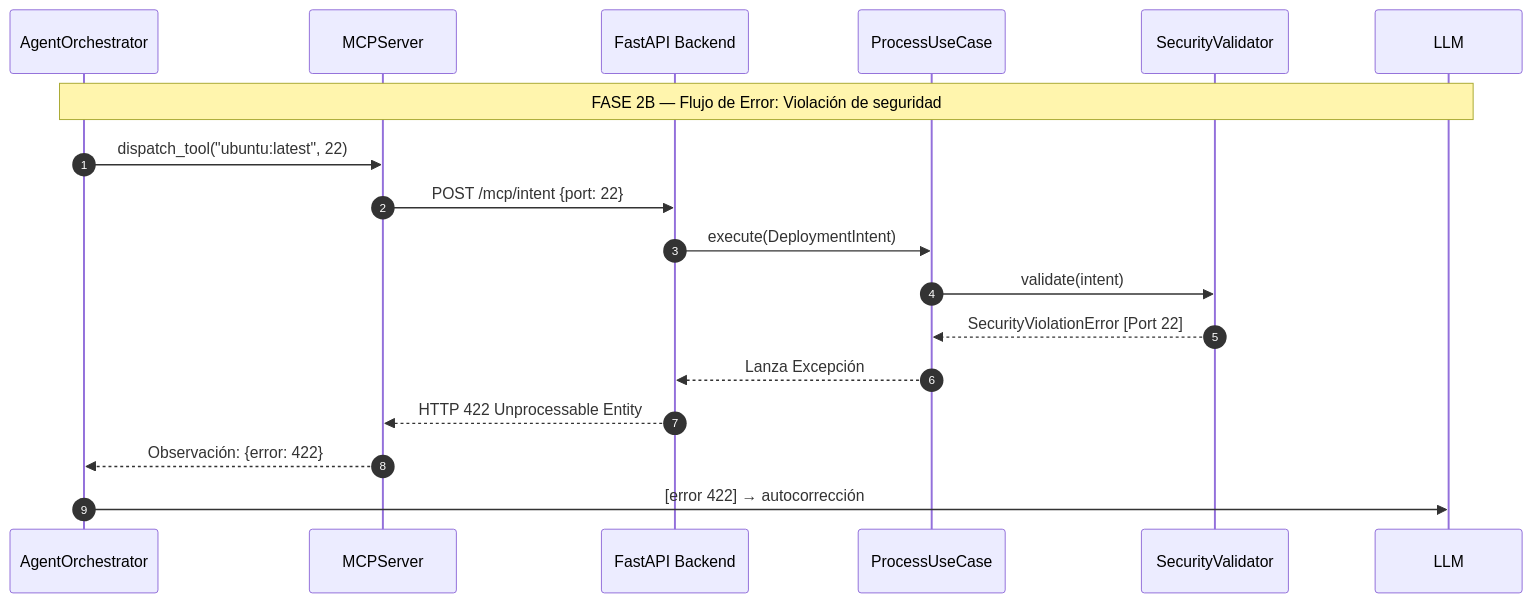
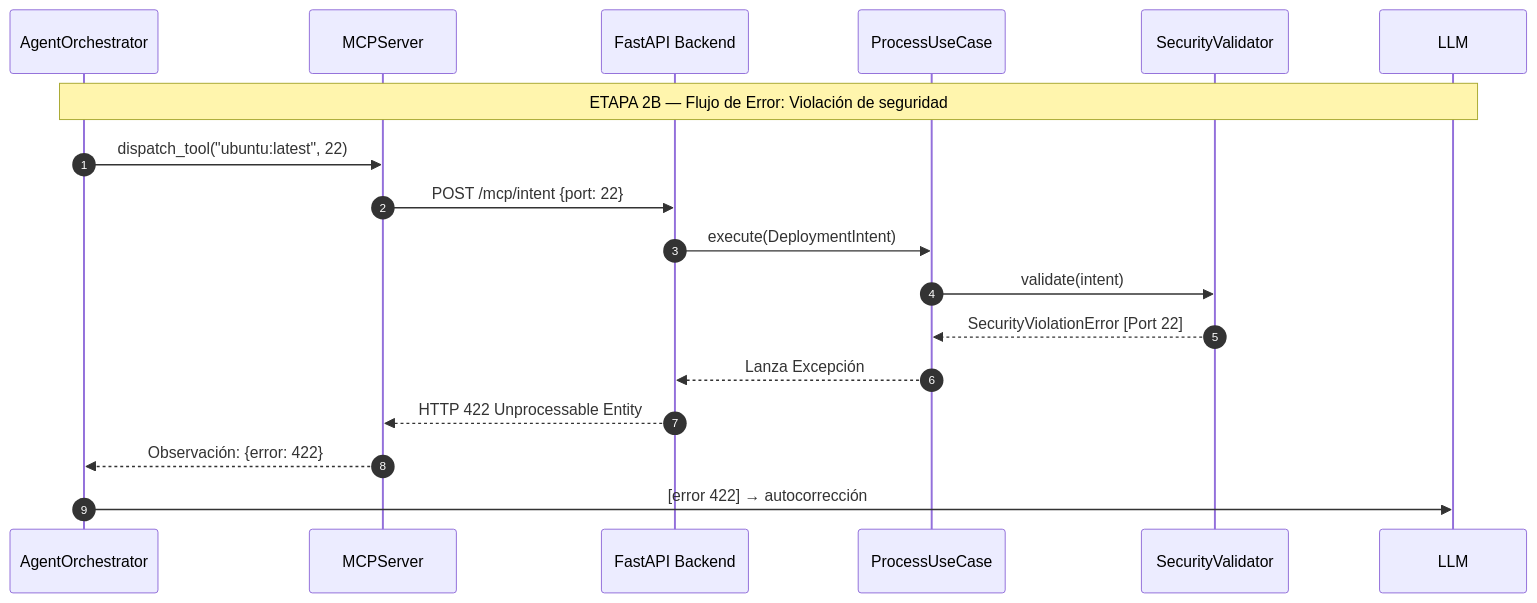
One commit to JesusSolisOrtega/agentic-deployer changed the eighth of 9 diagrams in memoria/4_Diseno_del_Sistema.md. Above: the diagram before and after it, drawn with Mermaid. The commit also changed other lines of this file and 15 other files, not shown here.

````diff
--- a/memoria/4_Diseno_del_Sistema.md
+++ b/memoria/4_Diseno_del_Sistema.md
@@ -490,21 +493,21 @@
 ```mermaid
 sequenceDiagram
   autonumber
   participant Orch as AgentOrchestrator
   participant MCP as MCPServer
   participant API as FastAPI Backend
   participant UseCase as ProcessUseCase
   participant Sec as SecurityValidator
   participant LLM as LLM
 
-  Note over Orch,LLM: FASE 2B — Flujo de Error: Violación de seguridad
+  Note over Orch,LLM: ETAPA 2B — Flujo de Error: Violación de seguridad
   Orch->>MCP: dispatch_tool("ubuntu:latest", 22)
   MCP->>API: POST /mcp/intent {port: 22}
   API->>UseCase: execute(DeploymentIntent)
   UseCase->>Sec: validate(intent)
   Sec-->>UseCase: SecurityViolationError [Port 22]
   UseCase-->>API: Lanza Excepción
   API-->>MCP: HTTP 422 Unprocessable Entity
   MCP-->>Orch: Observación: {error: 422}
   Orch->>LLM: [error 422] → autocorrección
 ```
````
